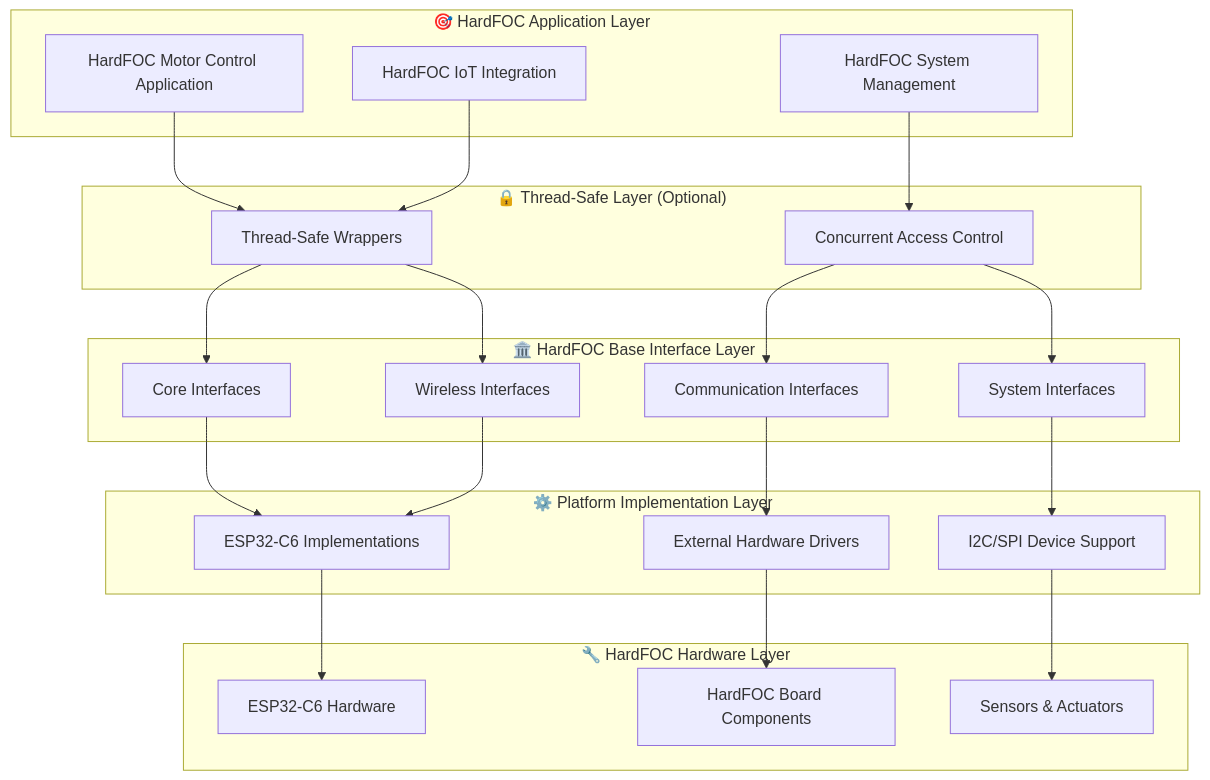
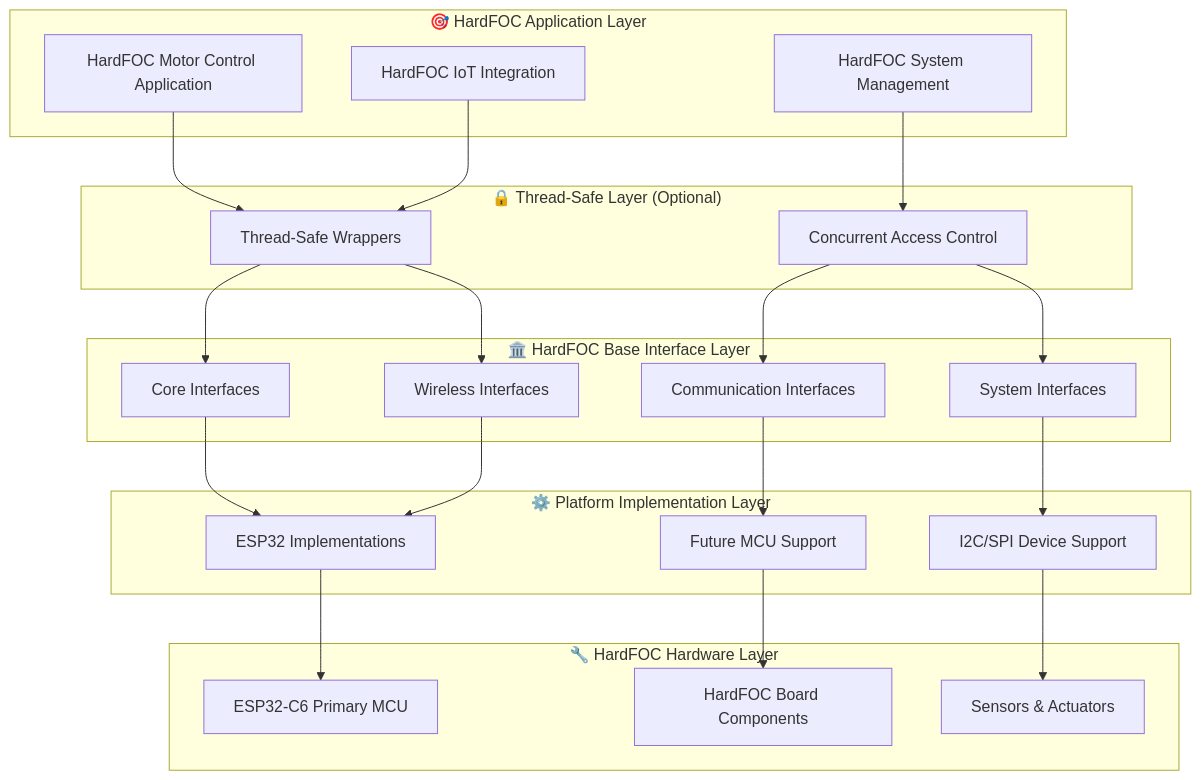
The diagram in README.md (N3b3x/hf-internal-interface-wrap), drawn with Mermaid before and after one commit. The commit also changed other lines of this file and 2 other files, not shown here.

````diff
--- a/README.md
+++ b/README.md
@@ -52,50 +52,50 @@
 ```mermaid
 graph TB
     subgraph "🎯 HardFOC Application Layer"
         A[HardFOC Motor Control Application]
         B[HardFOC System Management]
         C[HardFOC IoT Integration]
     end
     
     subgraph "🔒 Thread-Safe Layer (Optional)"
         D[Thread-Safe Wrappers]
         E[Concurrent Access Control]
     end
     
     subgraph "🏛️ HardFOC Base Interface Layer"
         F[Core Interfaces]
         G[Communication Interfaces] 
         H[Wireless Interfaces]
         I[System Interfaces]
     end
     
     subgraph "⚙️ Platform Implementation Layer"
-        J[ESP32-C6 Implementations]
-        K[External Hardware Drivers]
+        J[ESP32 Implementations]
+        K[Future MCU Support]
         L[I2C/SPI Device Support]
     end
     
     subgraph "🔧 HardFOC Hardware Layer"
-        M[ESP32-C6 Hardware]
+        M[ESP32-C6 Primary MCU]
         N[HardFOC Board Components]
         O[Sensors & Actuators]
     end
     
     A --> D
     B --> E
     C --> D
     
     D --> F
     E --> G
     D --> H
     E --> I
     
     F --> J
     G --> K
     H --> J
     I --> L
     
     J --> M
     K --> N
     L --> O
 ```
````
